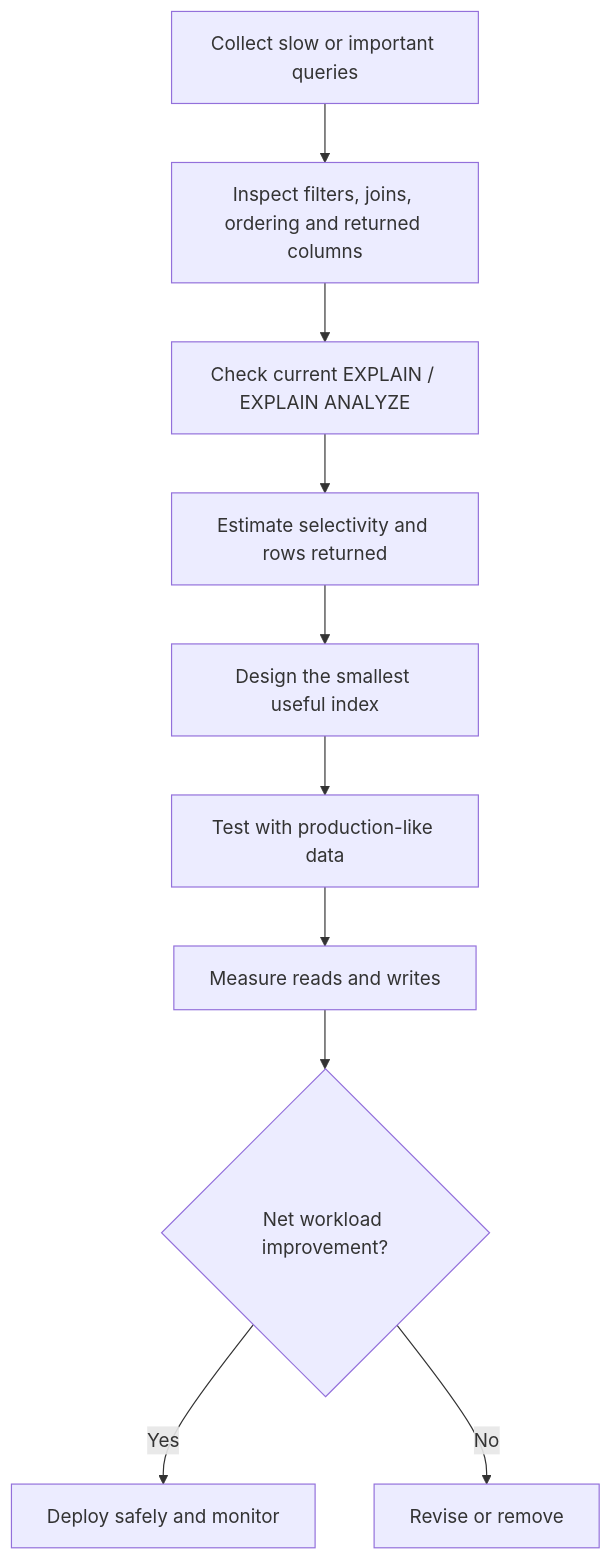
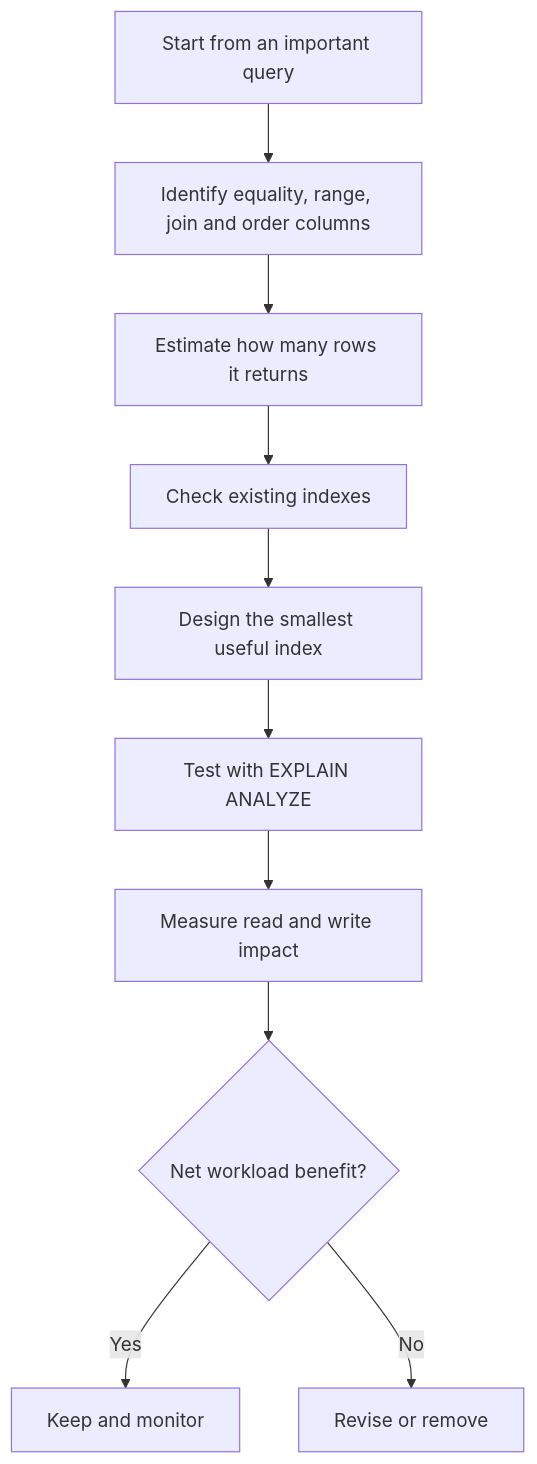
The fifth of 5 diagrams in src/content/databases/indexing-btree.md (AvadhBhalodiya/Interview-Preparation), drawn with Mermaid before and after one commit. The commit also changed other lines of this file and 80 other files, not shown here.

````diff
--- a/src/content/databases/indexing-btree.md
+++ b/src/content/databases/indexing-btree.md
@@ -1045,12 +892,12 @@
 ```mermaid
 flowchart TD
-    A["Collect slow or important queries"] --> B["Inspect filters, joins, ordering and returned columns"]
-    B --> C["Check current EXPLAIN / EXPLAIN ANALYZE"]
-    C --> D["Estimate selectivity and rows returned"]
-    D --> E["Design the smallest useful index"]
-    E --> F["Test with production-like data"]
-    F --> G["Measure reads and writes"]
-    G --> H{"Net workload improvement?"}
-    H -- Yes --> I["Deploy safely and monitor"]
-    H -- No --> J["Revise or remove"]
+    A[Start from an important query] --> B[Identify equality, range, join and order columns]
+    B --> C[Estimate how many rows it returns]
+    C --> D[Check existing indexes]
+    D --> E[Design the smallest useful index]
+    E --> F[Test with EXPLAIN ANALYZE]
+    F --> G[Measure read and write impact]
+    G --> H{Net workload benefit?}
+    H -- Yes --> I[Keep and monitor]
+    H -- No --> J[Revise or remove]
 ```
````
